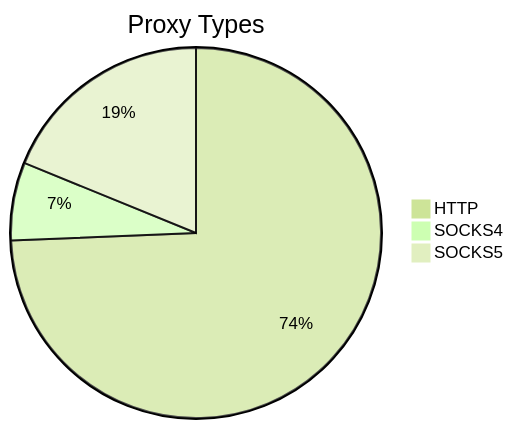
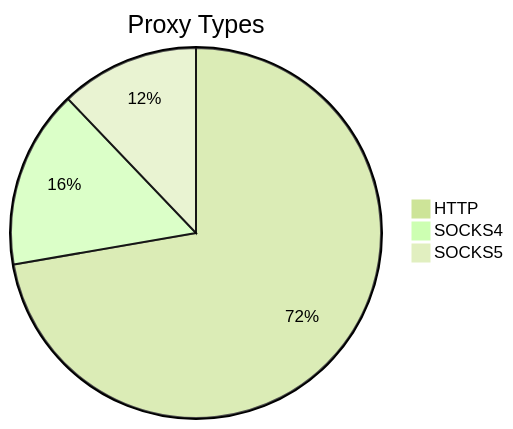
One commit to stormsia/proxy-list changed the first of 2 diagrams in README.md. Above: the diagram before and after it, drawn with Mermaid (forest theme). The commit also changed other lines of this file, not shown here.

````diff
--- a/README.md
+++ b/README.md
@@ -21,6 +21,6 @@
 ```mermaid
 pie title Proxy Types
-    "HTTP" : 229
-    "SOCKS4" : 21
-    "SOCKS5" : 58
+    "HTTP" : 292
+    "SOCKS4" : 63
+    "SOCKS5" : 49
 ```
````
